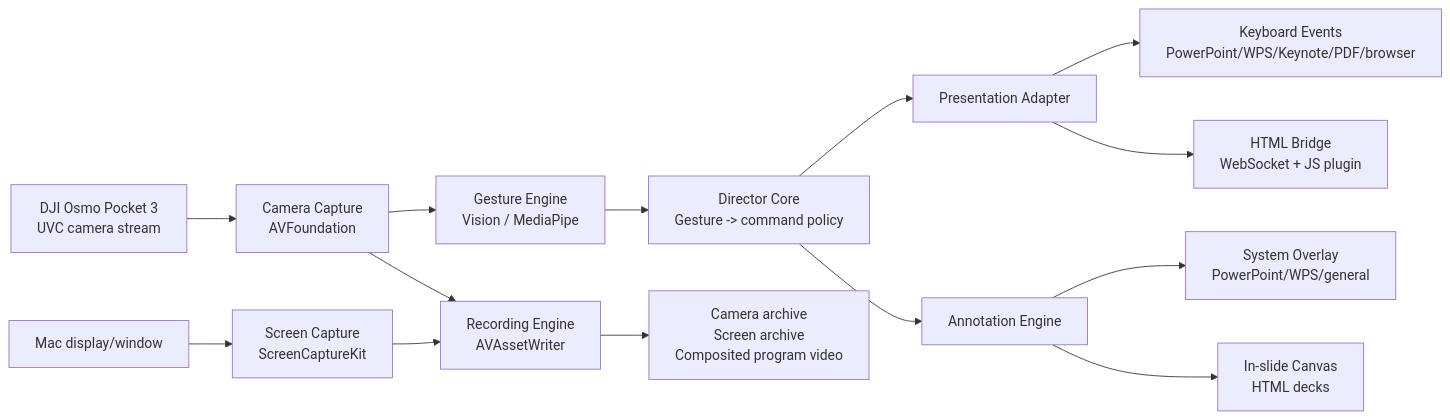
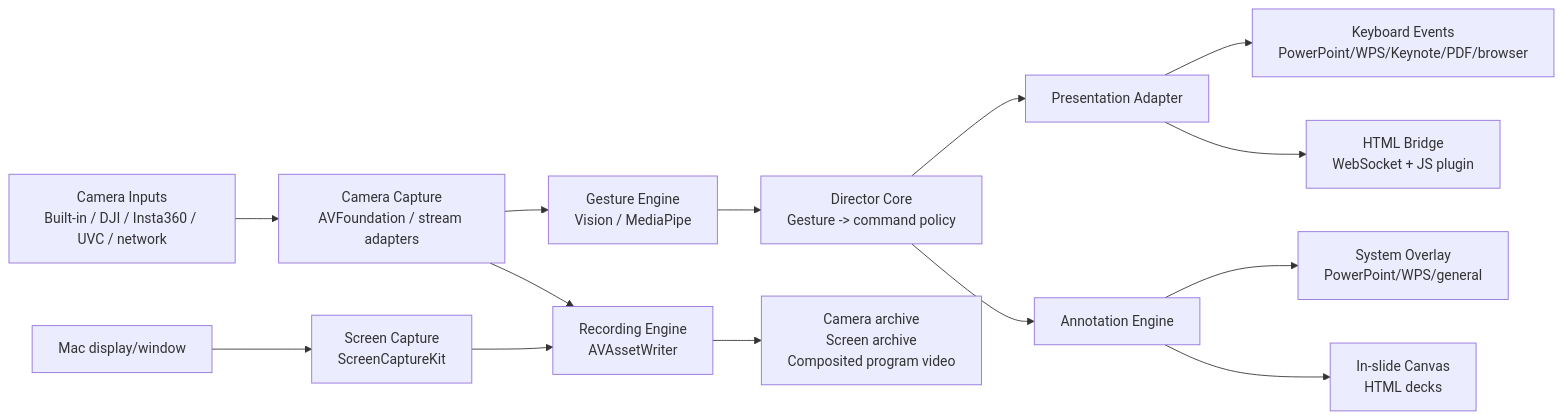
Before and after one commit to aokest/WonderShow: the diagram in docs/architecture.md, drawn with Mermaid. The commit also changed other lines of this file and 11 other files, not shown here.

Commit message:
Stabilize HTML slide commands and broaden camera inputs

````diff
--- a/docs/architecture.md
+++ b/docs/architecture.md
@@ -21,16 +21,16 @@
 ```mermaid
 flowchart LR
-    Pocket3["DJI Osmo Pocket 3\nUVC camera stream"] --> CameraCapture["Camera Capture\nAVFoundation"]
+    Cameras["Camera Inputs\nBuilt-in / DJI / Insta360 / UVC / network"] --> CameraCapture["Camera Capture\nAVFoundation / stream adapters"]
     Screen["Mac display/window"] --> ScreenCapture["Screen Capture\nScreenCaptureKit"]
     CameraCapture --> GestureEngine["Gesture Engine\nVision / MediaPipe"]
     CameraCapture --> RecordingEngine["Recording Engine\nAVAssetWriter"]
     ScreenCapture --> RecordingEngine
     GestureEngine --> DirectorCore["Director Core\nGesture -> command policy"]
     DirectorCore --> PresentationAdapter["Presentation Adapter"]
     DirectorCore --> AnnotationEngine["Annotation Engine"]
     PresentationAdapter --> Keyboard["Keyboard Events\nPowerPoint/WPS/Keynote/PDF/browser"]
     PresentationAdapter --> HtmlBridge["HTML Bridge\nWebSocket + JS plugin"]
     AnnotationEngine --> Overlay["System Overlay\nPowerPoint/WPS/general"]
     AnnotationEngine --> Canvas["In-slide Canvas\nHTML decks"]
     RecordingEngine --> Outputs["Camera archive\nScreen archive\nComposited program video"]
 ```
````
